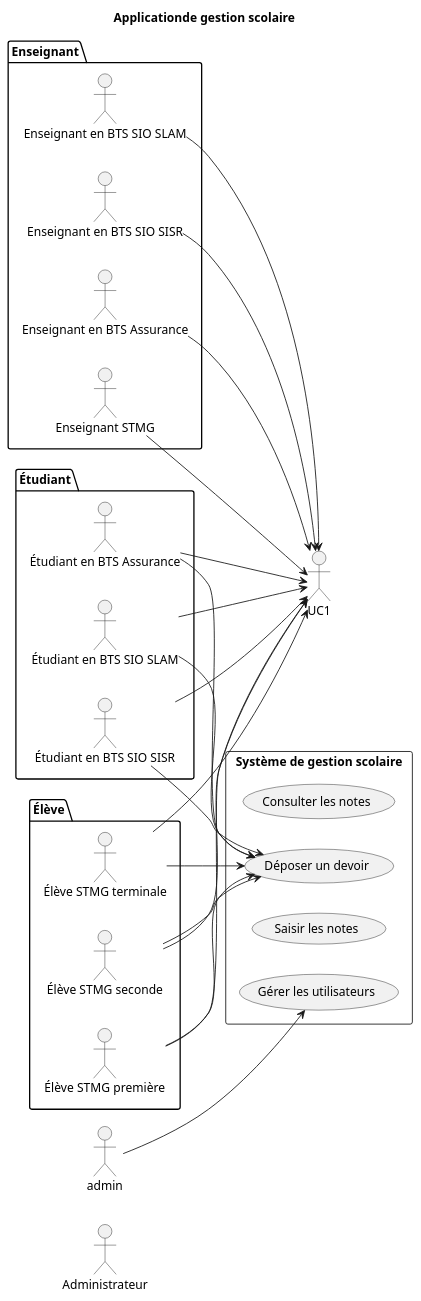
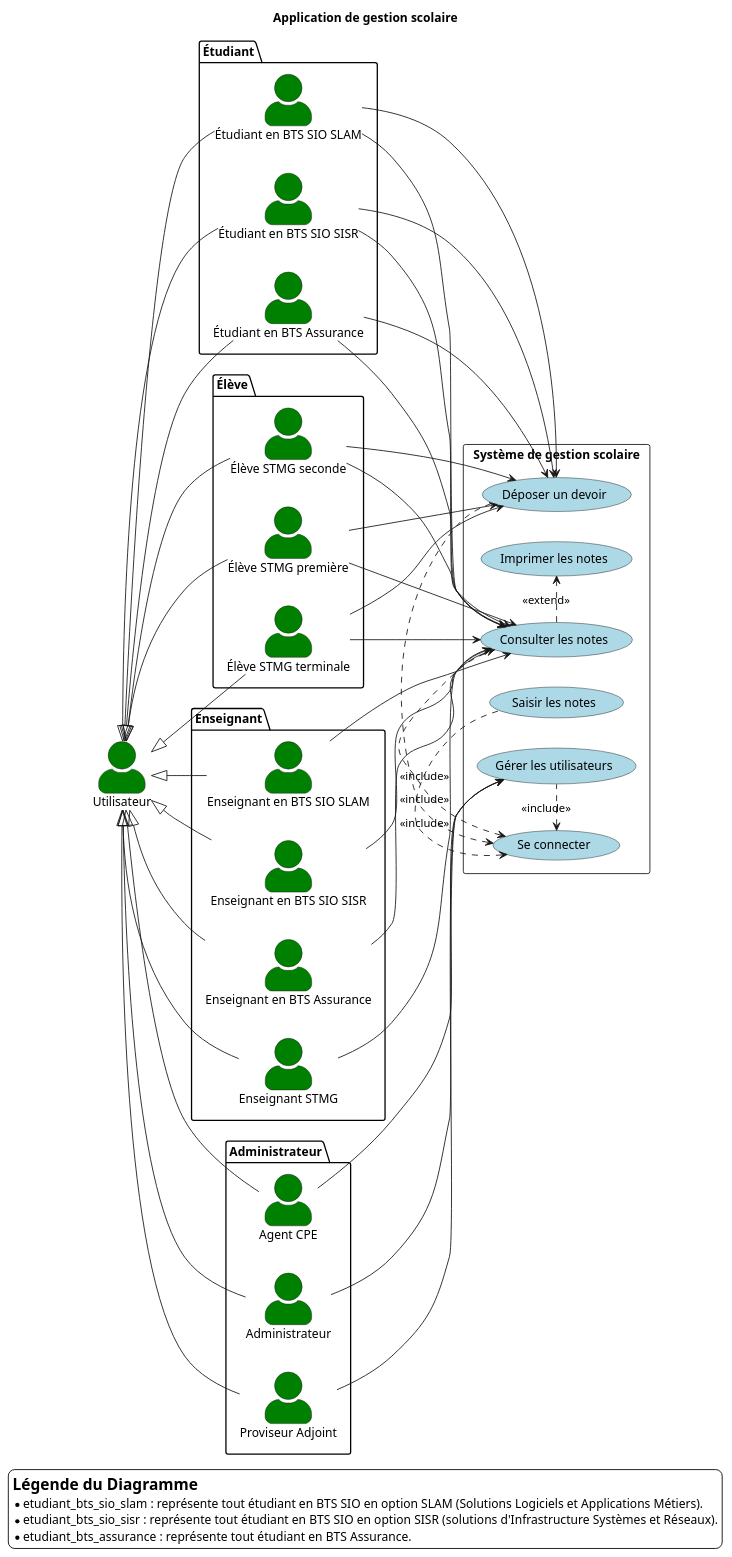
One commit to Dark-Leny/Cybersecurite changed the diagram in test.puml. Above: the diagram before and after it, drawn with PlantUML.

```diff
--- a/test.puml
+++ b/test.puml
@@ -1,71 +1,114 @@
 @startuml gestion_scolaire
 left to right direction
 
+'Personnalisation des couleurs
+
+skinparam backgroundColor #FFFFFF
+skinparam actor.BackgroundColor #green
+skinparam usecase.backgroundColor #lightblue
+
+' Personnalisation de la forme des acteurs
+skinparam actorStyle awesome
 
 ' Application de gestion scolaire
 
 /'
 
 Diagramme de cas
 d'utilisation
 
 '/
 
-title Applicationde gestion scolaire
+title Application de gestion scolaire
+
+actor "Utilisateur" as user
 
 package Étudiant {
 	actor "Étudiant en BTS SIO SLAM" as etudiant_bts_sio_slam
 	actor "Étudiant en BTS SIO SISR" as etudiant_bts_sio_sisr
 	actor "Étudiant en BTS Assurance" as etudiant_bts_assurance
+	user <|-- etudiant_bts_sio_slam
+	user <|-- etudiant_bts_sio_sisr
+	user <|-- etudiant_bts_assurance
 }
 
 package Élève {
 	actor "Élève STMG seconde" as eleve_stmg_seconde
 	actor "Élève STMG première" as eleve_stmg_premiere
 	actor "Élève STMG terminale" as eleve_stmg_terminale
+	user <|-- eleve_stmg_seconde
+	user <|-- eleve_stmg_premiere
+	user <|-- eleve_stmg_terminale
 }
 
 package Enseignant {
 	actor "Enseignant en BTS SIO SLAM" as enseignant_bts_sio_slam
 	actor "Enseignant en BTS SIO SISR" as enseignant_bts_sio_sisr
 	actor "Enseignant en BTS Assurance" as enseignant_bts_assurance
 	actor "Enseignant STMG" as enseignant_stmg
+	user <|-- enseignant_bts_sio_slam
+	user <|-- enseignant_bts_sio_sisr
+	user <|-- enseignant_bts_assurance
+	user <|-- enseignant_stmg
 }
 
-actor Administrateur
+package Administrateur {
+	actor "Proviseur Adjoint" as proviseur_adjoint
+	actor "Agent CPE" as agent_cpe
+	actor "Administrateur" as admin
+	user <|-- proviseur_adjoint
+	user <|-- agent_cpe
+	user <|-- admin
+}
+
 
 rectangle "Système de gestion scolaire" {
 
-    usecase "Consulter les notes" as UC1_consulter_notes
+    usecase "Consulter les notes" as UC1
     usecase "Déposer un devoir" as UC2
     usecase "Saisir les notes" as UC3
     usecase "Gérer les utilisateurs" as UC4
+	usecase "Se connecter" as UC5
+	usecase "Imprimer les notes" as UC6
 
 }
 
 etudiant_bts_sio_slam --> UC1
 etudiant_bts_sio_sisr --> UC1
 etudiant_bts_assurance --> UC1
 eleve_stmg_seconde --> UC1
 eleve_stmg_premiere --> UC1
 eleve_stmg_terminale --> UC1
 
 etudiant_bts_sio_slam --> UC2
 etudiant_bts_sio_sisr --> UC2
 etudiant_bts_assurance --> UC2
 eleve_stmg_seconde --> UC2
 eleve_stmg_premiere --> UC2
 eleve_stmg_terminale --> UC2
 
 enseignant_bts_sio_slam --> UC1
 enseignant_bts_sio_sisr --> UC1
 enseignant_bts_assurance --> UC1
 enseignant_stmg --> UC1
 
 
+admin --> UC4
+proviseur_adjoint --> UC4
+agent_cpe --> UC4
 
-admin --> UC4
+UC1 .left.> UC5 : <<include>>
+UC2 .left.> UC5 : <<include>>
+UC3 .left.> UC5 : <<include>>
+UC4 .left.> UC5 : <<include>>
 
+UC1 .right.> UC6 : <<extend>>
 
+legend right
+= Légende du Diagramme
+* etudiant_bts_sio_slam : représente tout étudiant en BTS SIO en option SLAM (Solutions Logiciels et Applications Métiers).
+* etudiant_bts_sio_sisr : représente tout étudiant en BTS SIO en option SISR (solutions d'Infrastructure Systèmes et Réseaux).
+* etudiant_bts_assurance : représente tout étudiant en BTS Assurance.
+end legend
 
 @enduml
```
